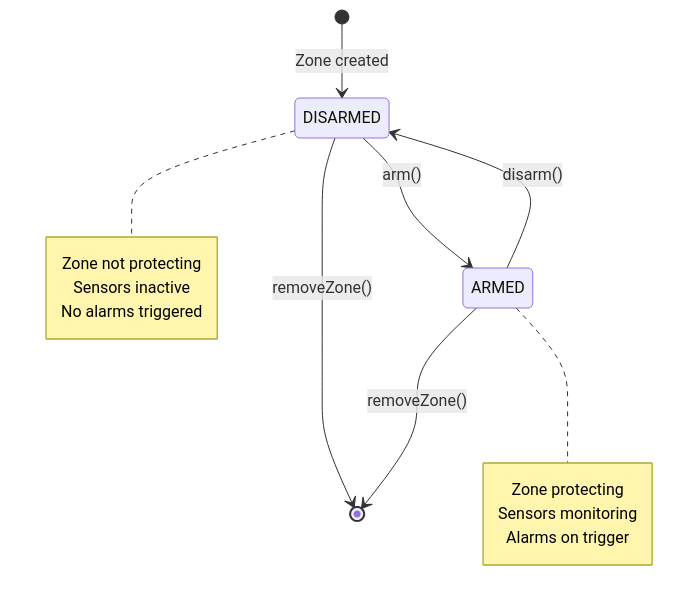
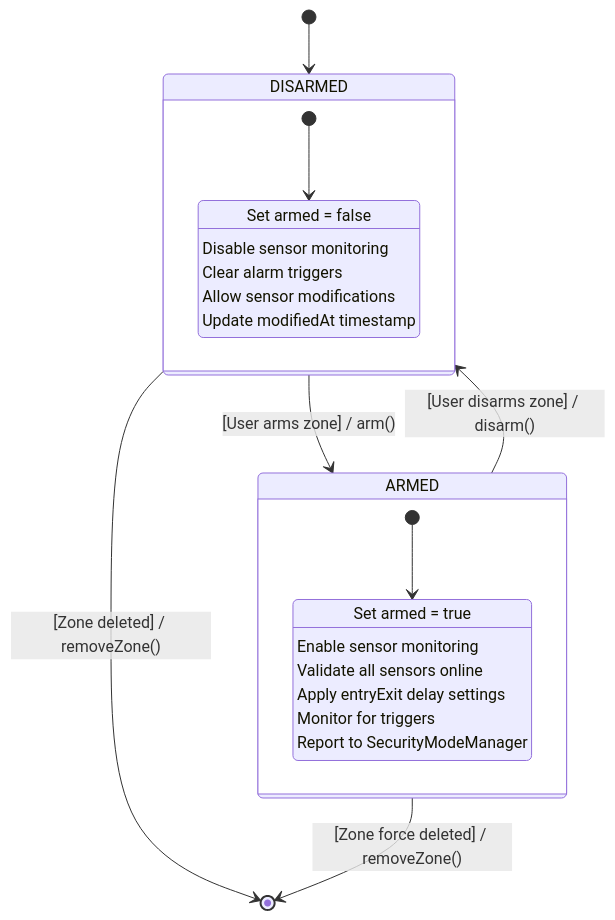
One commit to mj010101/swe_25f changed the seventh of 8 diagrams in diagrams/state_diagrams.md. Above: the diagram before and after it, drawn with Mermaid. The commit also changed other lines of this file, not shown here.

Commit message:
fix: state diagrams

````diff
--- a/diagrams/state_diagrams.md
+++ b/diagrams/state_diagrams.md
@@ -402,22 +460,29 @@
 ```mermaid
 stateDiagram-v2
-    [*] --> DISARMED: Zone created
+    [*] --> DISARMED
 
-    DISARMED --> ARMED: arm()
-    ARMED --> DISARMED: disarm()
+    state DISARMED {
+        [*] --> Inactive
+        Inactive: Set armed = false
+        Inactive: Disable sensor monitoring
+        Inactive: Clear alarm triggers
+        Inactive: Allow sensor modifications
+        Inactive: Update modifiedAt timestamp
+    }
+
+    state ARMED {
+        [*] --> Active
+        Active: Set armed = true
+        Active: Enable sensor monitoring
+        Active: Validate all sensors online
+        Active: Apply entryExit delay settings
+        Active: Monitor for triggers
+        Active: Report to SecurityModeManager
+    }
+
+    DISARMED --> ARMED: [User arms zone] / arm()
+    ARMED --> DISARMED: [User disarms zone] / disarm()
     
-    DISARMED --> [*]: removeZone()
-    ARMED --> [*]: removeZone()
-
-    note right of DISARMED
-        Zone not protecting
-        Sensors inactive
-        No alarms triggered
-    end note
-
-    note right of ARMED
-        Zone protecting
-        Sensors monitoring
-        Alarms on trigger
-    end note
+    DISARMED --> [*]: [Zone deleted] / removeZone()
+    ARMED --> [*]: [Zone force deleted] / removeZone()
 ```
````
